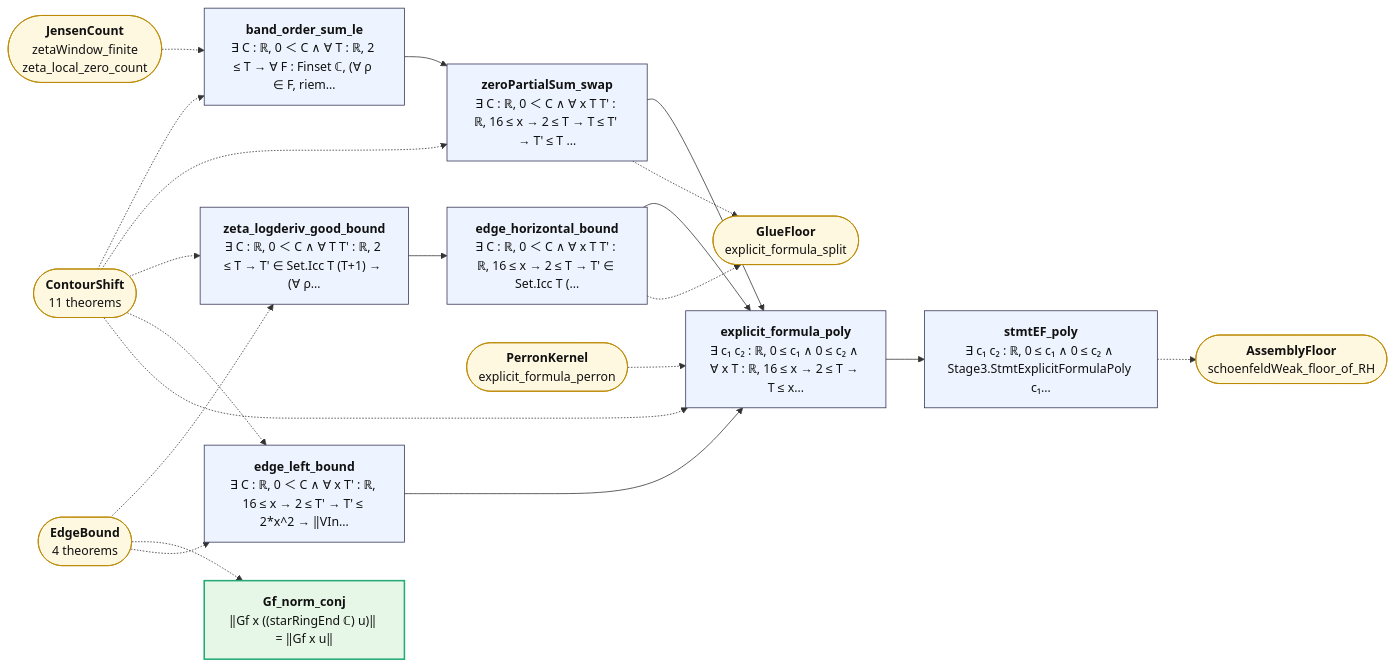
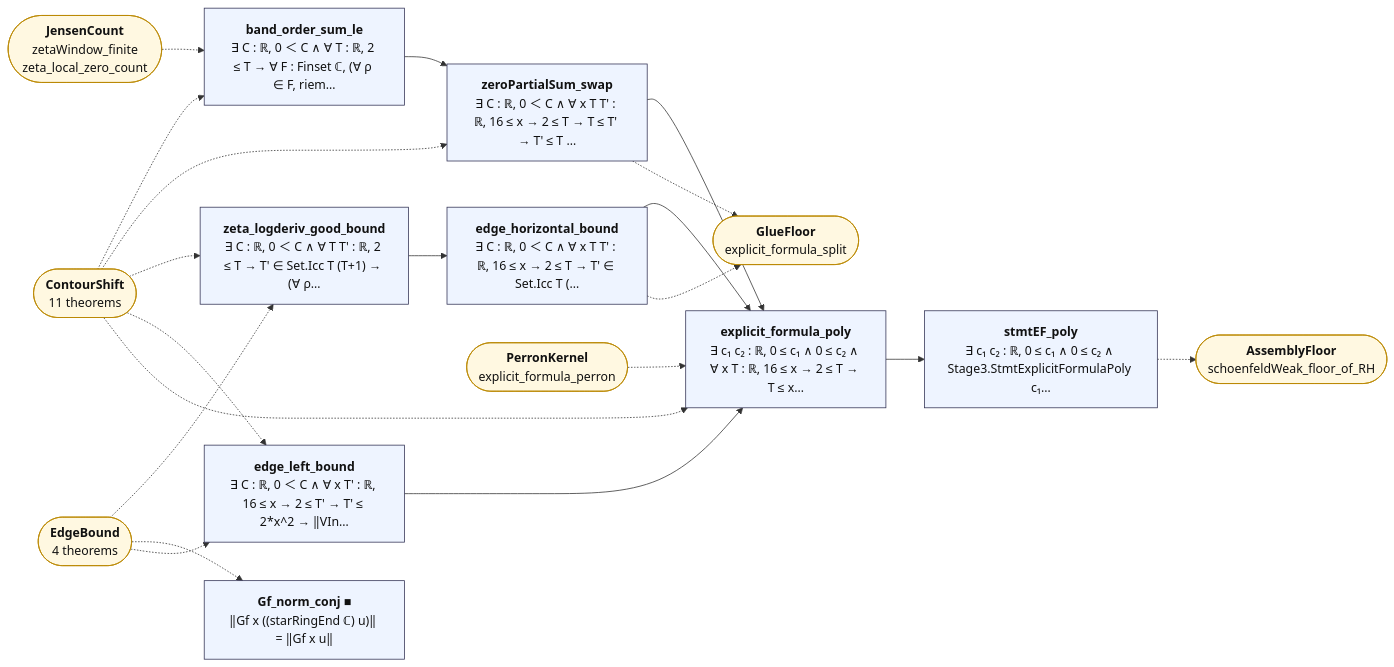
One commit to juliansambranojr/Primebeat_081426 changed the diagram in map/lean_stage3/Glue.md. Above: the diagram before and after it, drawn with Mermaid. The commit also changed other lines of this file and 398 other files, not shown here.

````diff
--- a/map/lean_stage3/Glue.md
+++ b/map/lean_stage3/Glue.md
@@ -12,41 +12,44 @@
 ```mermaid
 flowchart LR
   n0["<b>band_order_sum_le</b><br/>∃ C : ℝ, 0 ＜ C ∧ ∀ T : ℝ, 2 ≤ T → ∀ F : Finset ℂ, (∀ ρ ∈ F, riem…"]:::thm
   n1["<b>zeroPartialSum_swap</b><br/>∃ C : ℝ, 0 ＜ C ∧ ∀ x T T' : ℝ, 16 ≤ x → 2 ≤ T → T ≤ T' → T' ≤ T …"]:::thm
   n2["<b>zeta_logderiv_good_bound</b><br/>∃ C : ℝ, 0 ＜ C ∧ ∀ T T' : ℝ, 2 ≤ T → T' ∈ Set.Icc T (T+1) → (∀ ρ…"]:::thm
   n3["<b>edge_horizontal_bound</b><br/>∃ C : ℝ, 0 ＜ C ∧ ∀ x T T' : ℝ, 16 ≤ x → 2 ≤ T → T' ∈ Set.Icc T (…"]:::thm
-  n4["<b>Gf_norm_conj</b><br/>‖Gf x ((starRingEnd ℂ) u)‖ = ‖Gf x u‖"]:::end_
+  n4["<b>Gf_norm_conj ■</b><br/>‖Gf x ((starRingEnd ℂ) u)‖ = ‖Gf x u‖"]:::thm
   n5["<b>edge_left_bound</b><br/>∃ C : ℝ, 0 ＜ C ∧ ∀ x T' : ℝ, 16 ≤ x → 2 ≤ T' → T' ≤ 2*x^2 → ‖VIn…"]:::thm
   n6["<b>explicit_formula_poly</b><br/>∃ c₁ c₂ : ℝ, 0 ≤ c₁ ∧ 0 ≤ c₂ ∧ ∀ x T : ℝ, 16 ≤ x → 2 ≤ T → T ≤ x…"]:::thm
   n7["<b>stmtEF_poly</b><br/>∃ c₁ c₂ : ℝ, 0 ≤ c₁ ∧ 0 ≤ c₂ ∧ Stage3.StmtExplicitFormulaPoly c₁…"]:::thm
   x0(["<b>ContourShift</b><br/>11 theorems"]):::ext
   x1(["<b>JensenCount</b><br/>zetaWindow_finite<br/>zeta_local_zero_count"]):::ext
   x2(["<b>GlueFloor</b><br/>explicit_formula_split"]):::ext
   x3(["<b>EdgeBound</b><br/>4 theorems"]):::ext
   x4(["<b>PerronKernel</b><br/>explicit_formula_perron"]):::ext
   x5(["<b>AssemblyFloor</b><br/>schoenfeldWeak_floor_of_RH"]):::ext
   n0 --> n1
   n1 --> n6
   n2 --> n3
   n3 --> n6
   n5 --> n6
   n6 --> n7
   n1 -.-> x2
   n3 -.-> x2
   n7 -.-> x5
   x0 -.-> n0
   x0 -.-> n1
   x0 -.-> n2
   x0 -.-> n5
   x0 -.-> n6
   x1 -.-> n0
   x3 -.-> n2
   x3 -.-> n4
   x3 -.-> n5
   x4 -.-> n6
+  classDef cnt fill:#dff5ec,stroke:#17694a,color:#111
+  classDef shp fill:#f1ecfb,stroke:#5b3fa0,color:#111
+  classDef rh fill:#ffe5e5,stroke:#c22,color:#111,stroke-width:2px
   classDef thm fill:#eef4ff,stroke:#335,color:#111
   classDef end_ fill:#e7f7e7,stroke:#2a7,color:#111,stroke-width:2px
   classDef lone fill:#fff,stroke:#999,color:#111,stroke-dasharray:4 3
   classDef bad fill:#ffe5e5,stroke:#c22,color:#111,stroke-width:2px
   classDef ext fill:#fff8e1,stroke:#b80,color:#111
 ```
````
